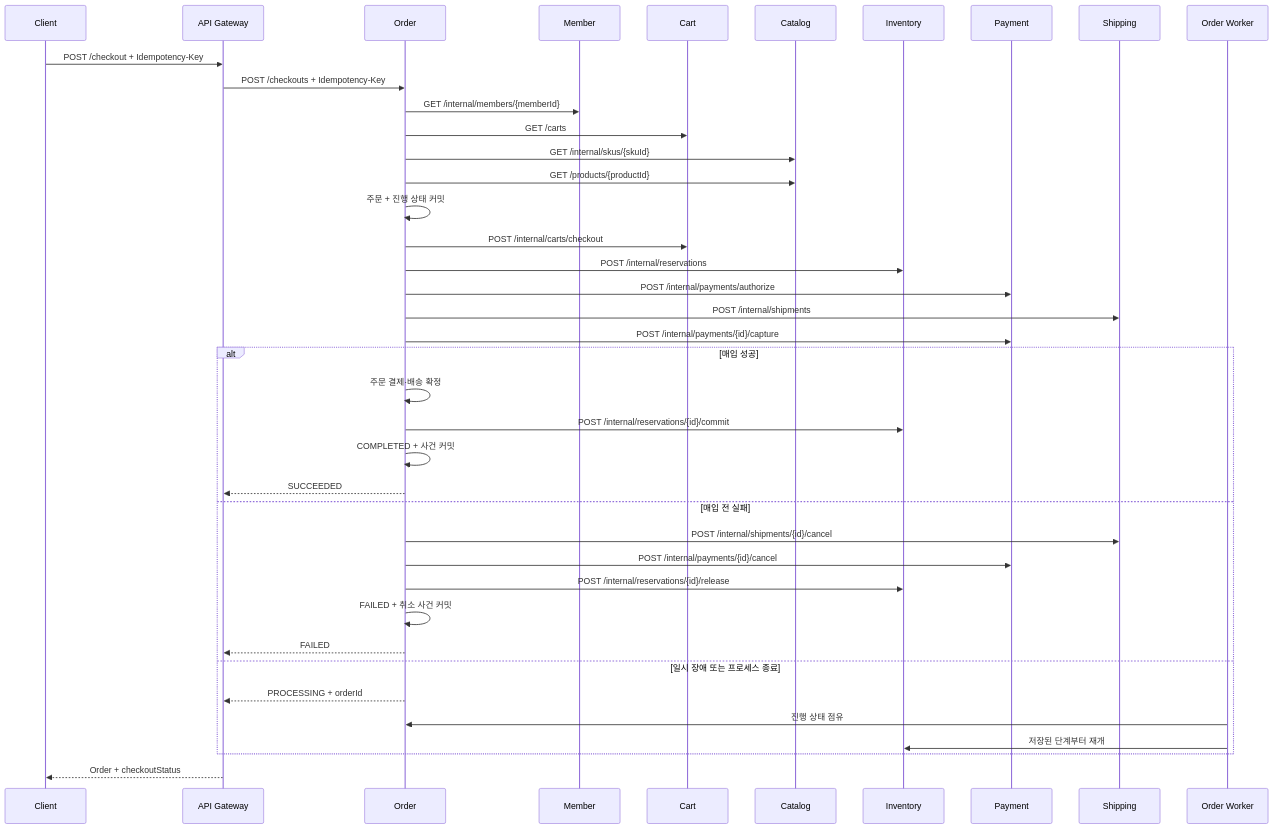
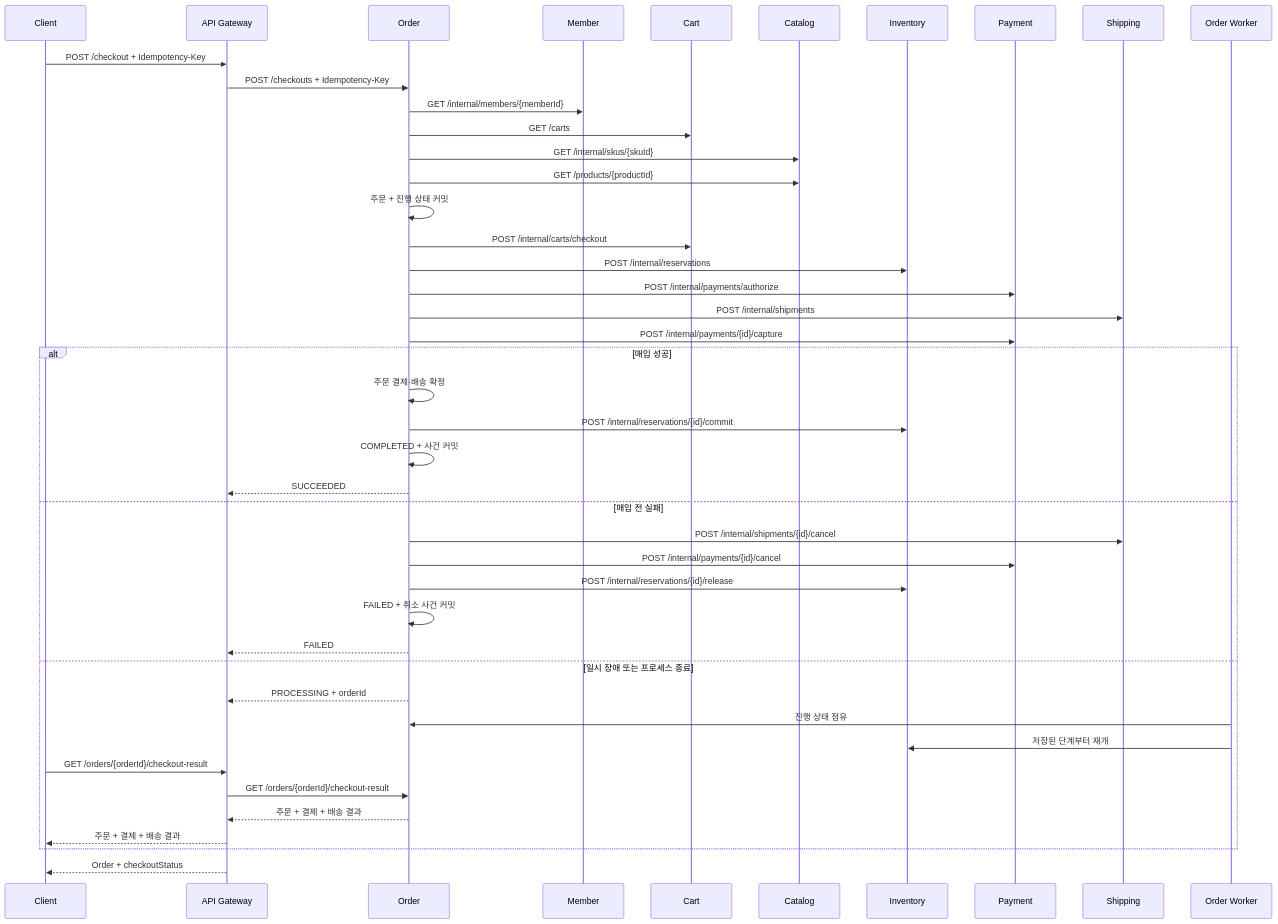
Before and after one commit to impati/commerce: the second of 3 diagrams in docs/architecture.md, drawn with Mermaid. The commit also changed 6 other files, not shown here.

````diff
--- a/docs/architecture.md
+++ b/docs/architecture.md
@@ -43,43 +43,47 @@
 ```mermaid
 sequenceDiagram
     participant C as Client
     participant G as API Gateway
     participant O as Order
     participant M as Member
     participant Cart as Cart
     participant Cat as Catalog
     participant Inv as Inventory
     participant Pay as Payment
     participant Ship as Shipping
     participant W as Order Worker
 
     C->>G: POST /checkout + Idempotency-Key
     G->>O: POST /checkouts + Idempotency-Key
     O->>M: GET /internal/members/{memberId}
     O->>Cart: GET /carts
     O->>Cat: GET /internal/skus/{skuId}
     O->>Cat: GET /products/{productId}
     O->>O: 주문 + 진행 상태 커밋
     O->>Cart: POST /internal/carts/checkout
     O->>Inv: POST /internal/reservations
     O->>Pay: POST /internal/payments/authorize
     O->>Ship: POST /internal/shipments
     O->>Pay: POST /internal/payments/{id}/capture
     alt 매입 성공
         O->>O: 주문 결제·배송 확정
         O->>Inv: POST /internal/reservations/{id}/commit
         O->>O: COMPLETED + 사건 커밋
         O-->>G: SUCCEEDED
     else 매입 전 실패
         O->>Ship: POST /internal/shipments/{id}/cancel
         O->>Pay: POST /internal/payments/{id}/cancel
         O->>Inv: POST /internal/reservations/{id}/release
         O->>O: FAILED + 취소 사건 커밋
         O-->>G: FAILED
     else 일시 장애 또는 프로세스 종료
         O-->>G: PROCESSING + orderId
         W->>O: 진행 상태 점유
         W->>Inv: 저장된 단계부터 재개
+        C->>G: GET /orders/{orderId}/checkout-result
+        G->>O: GET /orders/{orderId}/checkout-result
+        O-->>G: 주문 + 결제 + 배송 결과
+        G-->>C: 주문 + 결제 + 배송 결과
     end
     G-->>C: Order + checkoutStatus
 ```
````
